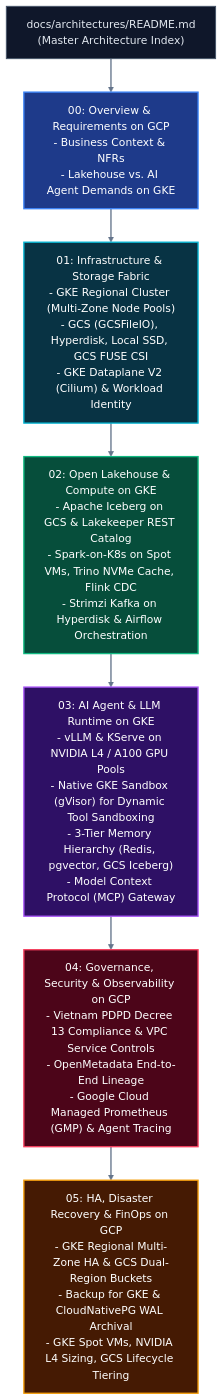
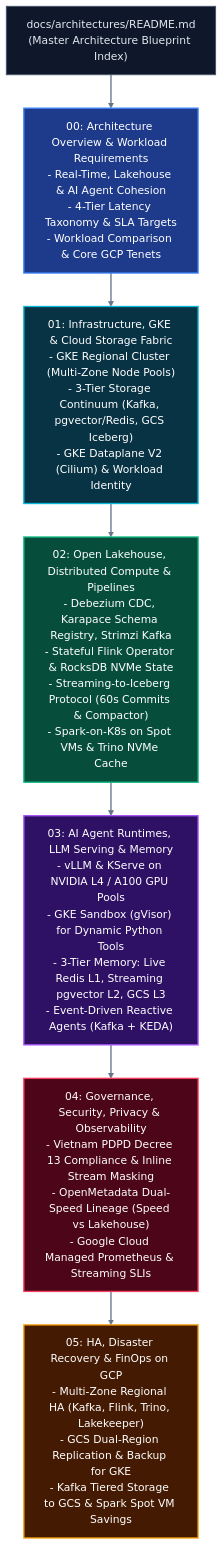
One commit to toanbui626391/data_platform_gcp changed the diagram in docs/architectures/README.md. Above: the diagram before and after it, drawn with Mermaid. The commit also changed other lines of this file and 6 other files, not shown here.

````diff
--- a/docs/architectures/README.md
+++ b/docs/architectures/README.md
@@ -10,29 +16,29 @@
 ```mermaid
 flowchart TD
-    Index["docs/architectures/README.md\n(Master Architecture Index)"]:::gray
-    Doc0["00: Overview & Requirements on GCP\n- Business Context & NFRs\n- Lakehouse vs. AI Agent Demands on GKE"]:::primary
-    Doc1["01: Infrastructure & Storage Fabric\n- GKE Regional Cluster (Multi-Zone Node Pools)\n- GCS (GCSFileIO), Hyperdisk, Local SSD, GCS FUSE CSI\n- GKE Dataplane V2 (Cilium) & Workload Identity"]:::cyan
-    Doc2["02: Open Lakehouse & Compute on GKE\n- Apache Iceberg on GCS & Lakekeeper REST Catalog\n- Spark-on-K8s on Spot VMs, Trino NVMe Cache, Flink CDC\n- Strimzi Kafka on Hyperdisk & Airflow Orchestration"]:::success
-    Doc3["03: AI Agent & LLM Runtime on GKE\n- vLLM & KServe on NVIDIA L4 / A100 GPU Pools\n- Native GKE Sandbox (gVisor) for Dynamic Tool Sandboxing\n- 3-Tier Memory Hierarchy (Redis, pgvector, GCS Iceberg)\n- Model Context Protocol (MCP) Gateway"]:::purple
-    Doc4["04: Governance, Security & Observability on GCP\n- Vietnam PDPD Decree 13 Compliance & VPC Service Controls\n- OpenMetadata End-to-End Lineage\n- Google Cloud Managed Prometheus (GMP) & Agent Tracing"]:::danger
-    Doc5["05: HA, Disaster Recovery & FinOps on GCP\n- GKE Regional Multi-Zone HA & GCS Dual-Region Buckets\n- Backup for GKE & CloudNativePG WAL Archival\n- GKE Spot VMs, NVIDIA L4 Sizing, GCS Lifecycle Tiering"]:::warning
+    Index["docs/architectures/README.md\n(Master Architecture Blueprint Index)"]:::gray
+    Doc0["00: Architecture Overview & Workload Requirements\n- Real-Time, Lakehouse & AI Agent Cohesion\n- 4-Tier Latency Taxonomy & SLA Targets\n- Workload Comparison & Core GCP Tenets"]:::primary
+    Doc1["01: Infrastructure, GKE & Cloud Storage Fabric\n- GKE Regional Cluster (Multi-Zone Node Pools)\n- 3-Tier Storage Continuum (Kafka, pgvector/Redis, GCS Iceberg)\n- GKE Dataplane V2 (Cilium) & Workload Identity"]:::cyan
+    Doc2["02: Open Lakehouse, Distributed Compute & Pipelines\n- Debezium CDC, Karapace Schema Registry, Strimzi Kafka\n- Stateful Flink Operator & RocksDB NVMe State\n- Streaming-to-Iceberg Protocol (60s Commits & Compactor)\n- Spark-on-K8s on Spot VMs & Trino NVMe Cache"]:::success
+    Doc3["03: AI Agent Runtimes, LLM Serving & Memory\n- vLLM & KServe on NVIDIA L4 / A100 GPU Pools\n- GKE Sandbox (gVisor) for Dynamic Python Tools\n- 3-Tier Memory: Live Redis L1, Streaming pgvector L2, GCS L3\n- Event-Driven Reactive Agents (Kafka + KEDA)"]:::purple
+    Doc4["04: Governance, Security, Privacy & Observability\n- Vietnam PDPD Decree 13 Compliance & Inline Stream Masking\n- OpenMetadata Dual-Speed Lineage (Speed vs Lakehouse)\n- Google Cloud Managed Prometheus & Streaming SLIs"]:::danger
+    Doc5["05: HA, Disaster Recovery & FinOps on GCP\n- Multi-Zone Regional HA (Kafka, Flink, Trino, Lakekeeper)\n- GCS Dual-Region Replication & Backup for GKE\n- Kafka Tiered Storage to GCS & Spark Spot VM Savings"]:::warning
 
     Index --> Doc0
     Doc0 --> Doc1
     Doc1 --> Doc2
     Doc2 --> Doc3
     Doc3 --> Doc4
     Doc4 --> Doc5
 
     %% Link Styling
     linkStyle default stroke:#64748b,stroke-width:2px;
 
     %% Universal Dual-Mode High-Contrast Palette
     classDef primary fill:#1e3a8a,stroke:#3b82f6,stroke-width:2px,color:#ffffff;
     classDef success fill:#064e3b,stroke:#10b981,stroke-width:2px,color:#ffffff;
     classDef warning fill:#451a03,stroke:#f59e0b,stroke-width:2px,color:#ffffff;
     classDef danger  fill:#4c0519,stroke:#f43f5e,stroke-width:2px,color:#ffffff;
     classDef purple  fill:#2e1065,stroke:#a855f7,stroke-width:2px,color:#ffffff;
     classDef cyan    fill:#083344,stroke:#06b6d4,stroke-width:2px,color:#ffffff;
     classDef gray    fill:#0f172a,stroke:#475569,stroke-width:1.5px,color:#e2e8f0;
 ```
````
